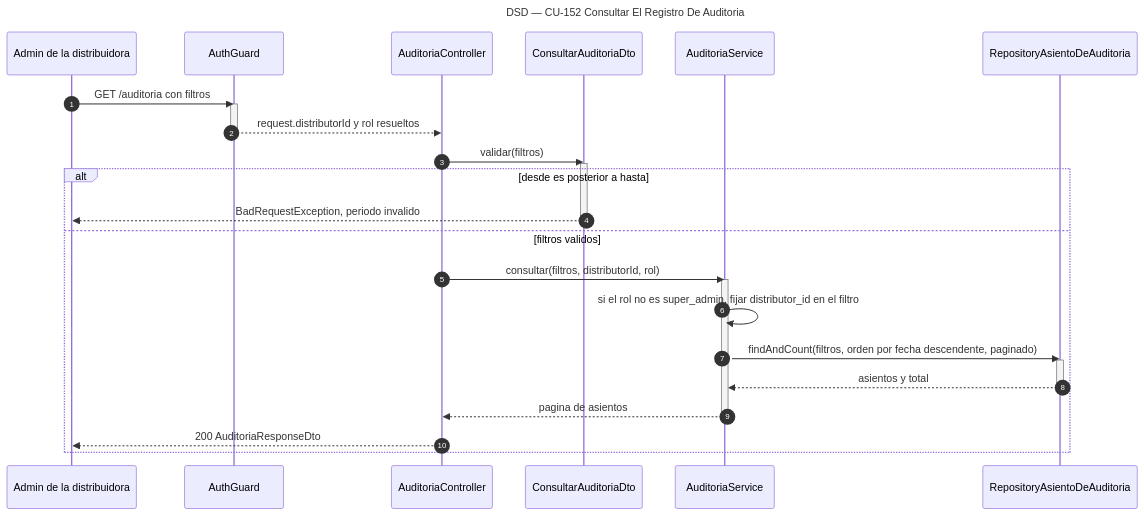
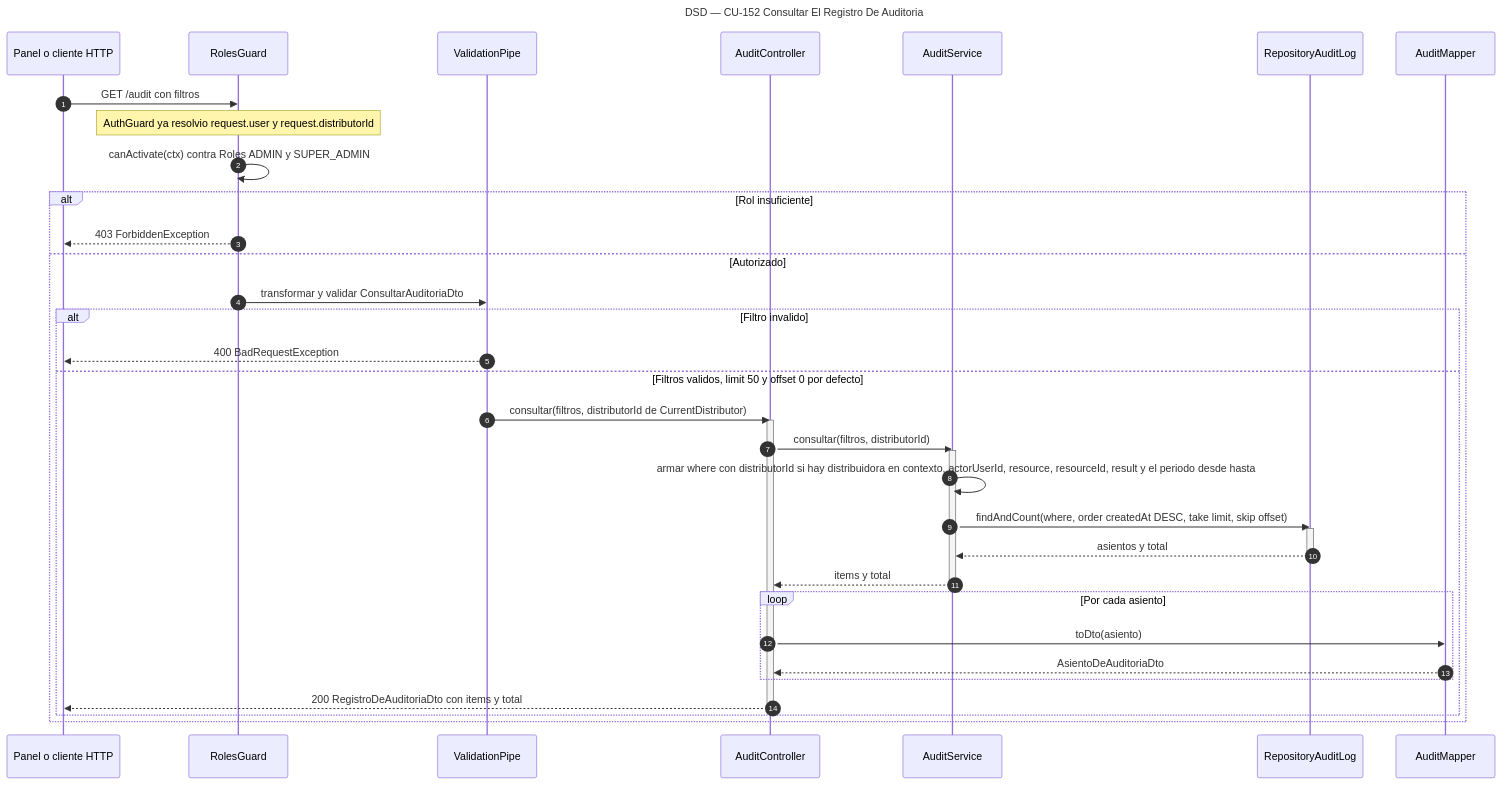
One commit to Nahuelito-Dev/splg-docs changed the diagram in diagramas/DSD_CU-152_Consultar-El-Registro-De-Auditoria.mmd. Above: the diagram before and after it, drawn with Mermaid. The commit also changed 15 other files, not shown here.

```diff
--- a/diagramas/DSD_CU-152_Consultar-El-Registro-De-Auditoria.mmd
+++ b/diagramas/DSD_CU-152_Consultar-El-Registro-De-Auditoria.mmd
@@ -1,31 +1,40 @@
 sequenceDiagram
     title DSD — CU-152 Consultar El Registro De Auditoria
     autonumber
-    participant ADM as Admin de la distribuidora
-    participant AUTH as AuthGuard
-    participant CTRL as AuditoriaController
-    participant DTO as ConsultarAuditoriaDto
-    participant SRV as AuditoriaService
-    participant REPO as RepositoryAsientoDeAuditoria
+    participant ADM as Panel o cliente HTTP
+    participant RG as RolesGuard
+    participant VP as ValidationPipe
+    participant CTRL as AuditController
+    participant SRV as AuditService
+    participant REPO as RepositoryAuditLog
+    participant MAP as AuditMapper
 
-    ADM->>AUTH: GET /auditoria con filtros
-    activate AUTH
-    AUTH-->>CTRL: request.distributorId y rol resueltos
-    deactivate AUTH
-    CTRL->>DTO: validar(filtros)
-    activate DTO
-    alt desde es posterior a hasta
-        DTO-->>ADM: BadRequestException, periodo invalido
-        deactivate DTO
-    else filtros validos
-        CTRL->>SRV: consultar(filtros, distributorId, rol)
-        activate SRV
-        SRV->>SRV: si el rol no es super_admin, fijar distributor_id en el filtro
-        SRV->>REPO: findAndCount(filtros, orden por fecha descendente, paginado)
-        activate REPO
-        REPO-->>SRV: asientos y total
-        deactivate REPO
-        SRV-->>CTRL: pagina de asientos
-        deactivate SRV
-        CTRL-->>ADM: 200 AuditoriaResponseDto
+    ADM->>RG: GET /audit con filtros
+    Note over RG: AuthGuard ya resolvio request.user y request.distributorId
+    RG->>RG: canActivate(ctx) contra Roles ADMIN y SUPER_ADMIN
+    alt Rol insuficiente
+        RG-->>ADM: 403 ForbiddenException
+    else Autorizado
+        RG->>VP: transformar y validar ConsultarAuditoriaDto
+        alt Filtro invalido
+            VP-->>ADM: 400 BadRequestException
+        else Filtros validos, limit 50 y offset 0 por defecto
+            VP->>CTRL: consultar(filtros, distributorId de CurrentDistributor)
+            activate CTRL
+            CTRL->>SRV: consultar(filtros, distributorId)
+            activate SRV
+            SRV->>SRV: armar where con distributorId si hay distribuidora en contexto, actorUserId, resource, resourceId, result y el periodo desde hasta
+            SRV->>REPO: findAndCount(where, order createdAt DESC, take limit, skip offset)
+            activate REPO
+            REPO-->>SRV: asientos y total
+            deactivate REPO
+            SRV-->>CTRL: items y total
+            deactivate SRV
+            loop Por cada asiento
+                CTRL->>MAP: toDto(asiento)
+                MAP-->>CTRL: AsientoDeAuditoriaDto
+            end
+            CTRL-->>ADM: 200 RegistroDeAuditoriaDto con items y total
+            deactivate CTRL
+        end
     end
```
